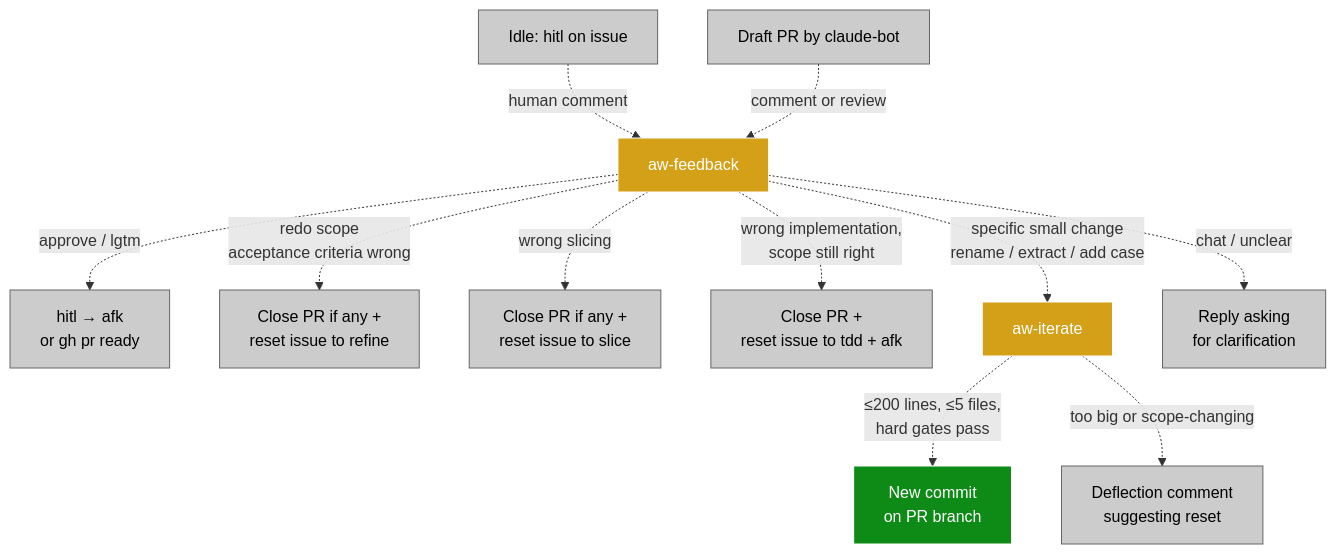
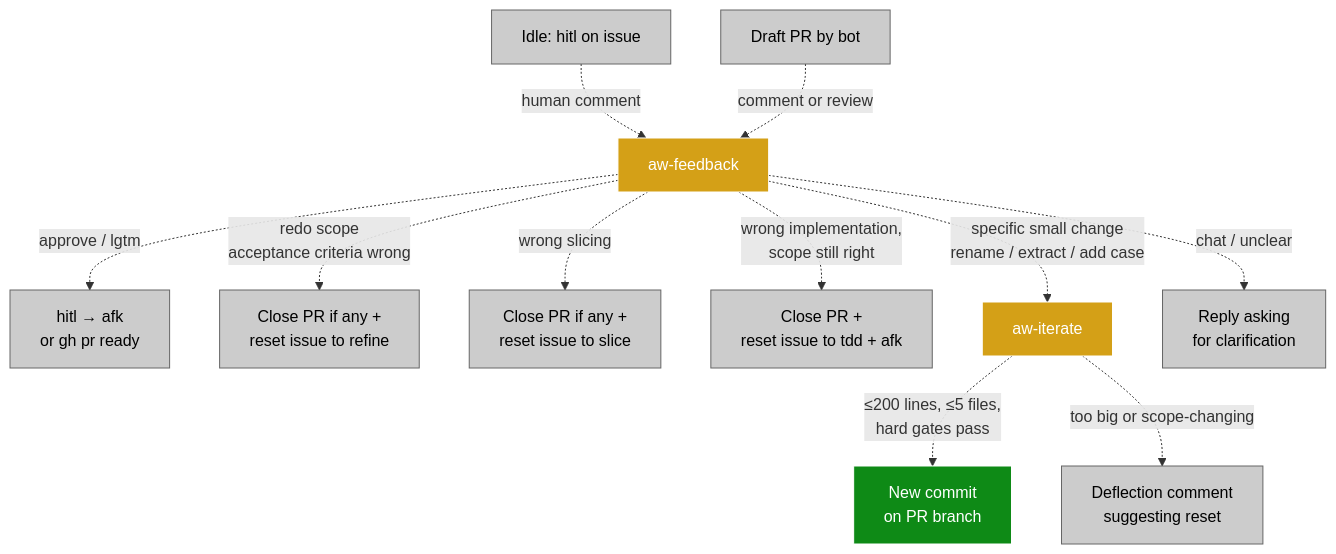
Before and after one commit to PeterBlenessy/notesage: the second of 2 diagrams in docs/agentic-workflow.md, drawn with Mermaid. The commit also changed other lines of this file and 11 other files, not shown here.

````diff
--- a/docs/agentic-workflow.md
+++ b/docs/agentic-workflow.md
@@ -65,21 +65,21 @@
 ```mermaid
 flowchart TD
   H[Idle: hitl on issue] -.->|human comment| FB[aw-feedback]
-  G[Draft PR by claude-bot] -.->|comment or review| FB
+  G[Draft PR by bot] -.->|comment or review| FB
   FB -.->|approve / lgtm| AP[hitl → afk<br/>or gh pr ready]
   FB -.->|redo scope<br/>acceptance criteria wrong| RC[Close PR if any +<br/>reset issue to refine]
   FB -.->|wrong slicing| RS[Close PR if any +<br/>reset issue to slice]
   FB -.->|wrong implementation,<br/>scope still right| RT[Close PR +<br/>reset issue to tdd + afk]
   FB -.->|specific small change<br/>rename / extract / add case| IT[aw-iterate]
   FB -.->|chat / unclear| Q[Reply asking<br/>for clarification]
   IT -.->|≤200 lines, ≤5 files,<br/>hard gates pass| PUSH[New commit<br/>on PR branch]
   IT -.->|too big or scope-changing| DEFL[Deflection comment<br/>suggesting reset]
 
   classDef skill fill:#1d76db,stroke:#fff,color:#fff
   classDef feedback fill:#d4a017,stroke:#fff,color:#fff
   classDef terminal fill:#0e8a16,stroke:#fff,color:#fff
   classDef stop fill:#cccccc,stroke:#666,color:#000
   class FB,IT feedback
   class H,G,AP,RC,RS,RT,DEFL,Q stop
   class PUSH terminal
 ```
````
